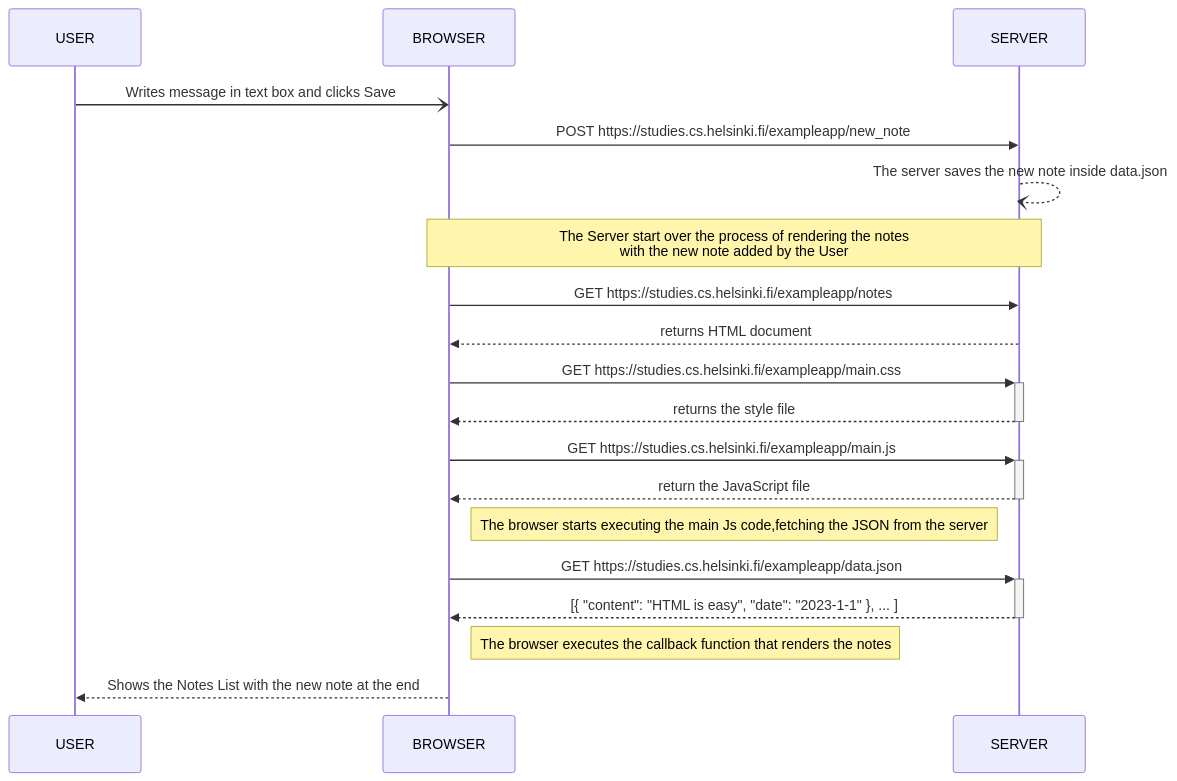
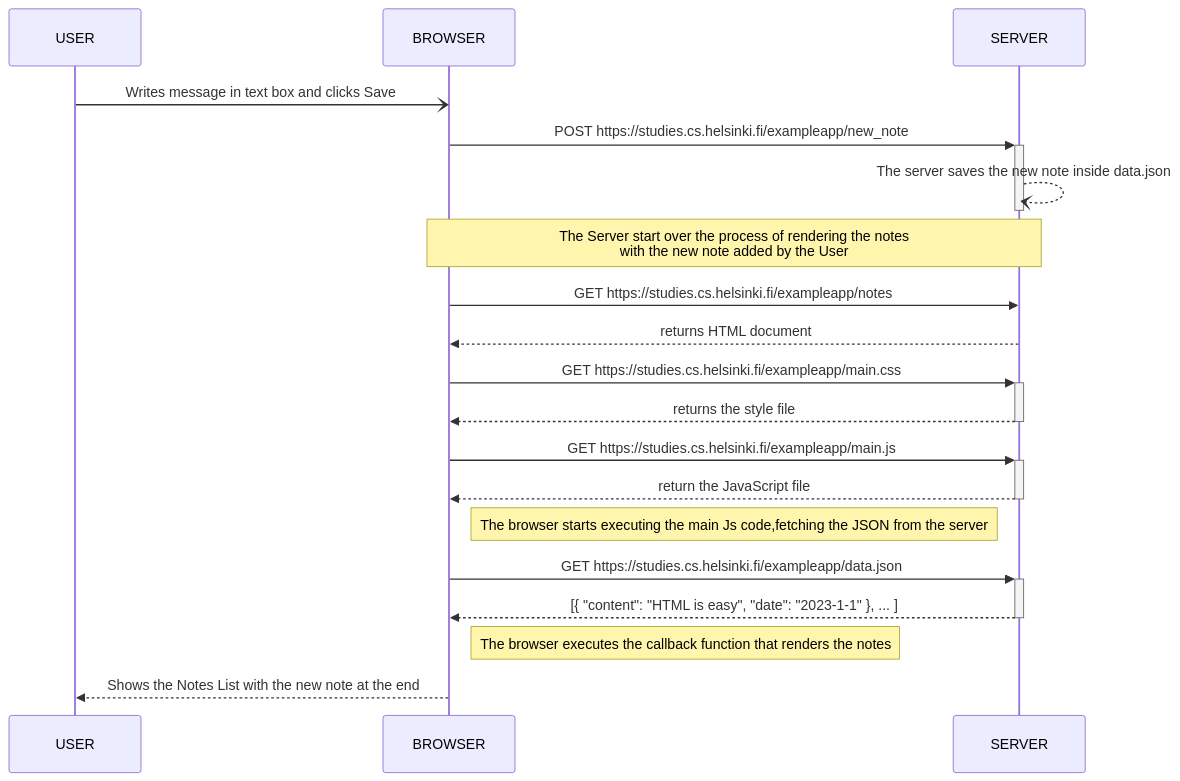
The diagram in part0/newnotesdiagram.md (arnaugonzalez/fullstackopenArnauG), drawn with Mermaid before and after one commit.

````diff
--- a/part0/newnotesdiagram.md
+++ b/part0/newnotesdiagram.md
@@ -1,30 +1,30 @@
 ```mermaid
 sequenceDiagram
     participant user as USER
     participant browser as BROWSER
     participant server as SERVER
 
     user-)browser: Writes message in text box and clicks Save
-    browser->>server: POST https://studies.cs.helsinki.fi/exampleapp/new_note
-    server--)server: The server saves the new note inside data.json
+    browser->>+server: POST https://studies.cs.helsinki.fi/exampleapp/new_note
+    server--)-server: The server saves the new note inside data.json
 
     Note over browser, server: The Server start over the process of rendering the notes <br> with the new note added by the User
 
     browser->>server: GET https://studies.cs.helsinki.fi/exampleapp/notes
     server-->>browser: returns HTML document
 
     browser->>+server: GET https://studies.cs.helsinki.fi/exampleapp/main.css
     server-->>-browser: returns the style file
 
     browser->>+server: GET https://studies.cs.helsinki.fi/exampleapp/main.js
     server-->>-browser: return the JavaScript file
 
     Note right of browser: The browser starts executing the main Js code,fetching the JSON from the server
 
     browser->>+server: GET https://studies.cs.helsinki.fi/exampleapp/data.json
     server-->>-browser: [{ "content": "HTML is easy", "date": "2023-1-1" }, ... ]
 
     Note right of browser: The browser executes the callback function that renders the notes
 
     browser-->>user: Shows the Notes List with the new note at the end
 ```
````
